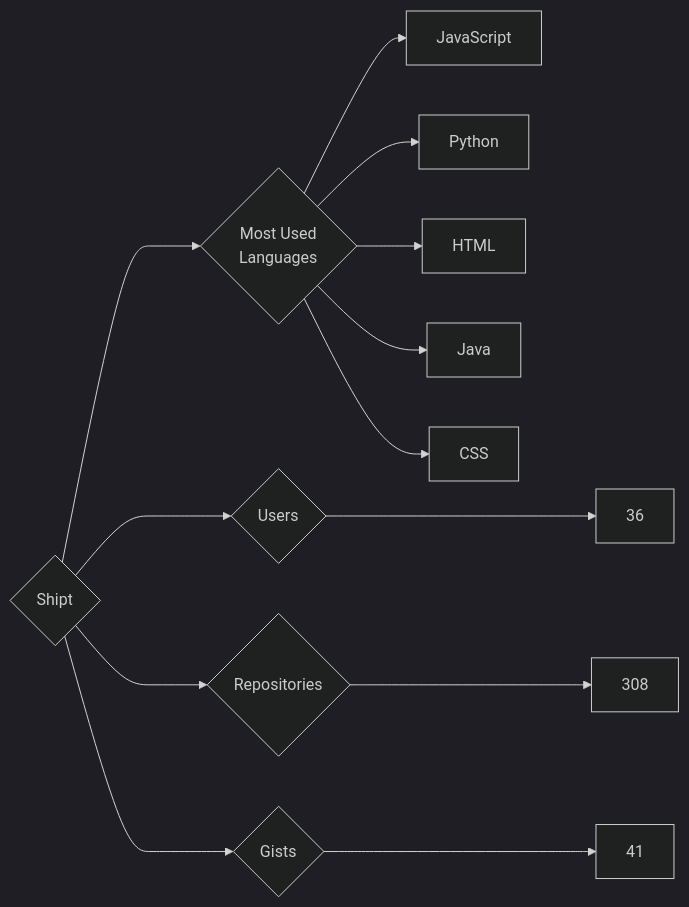
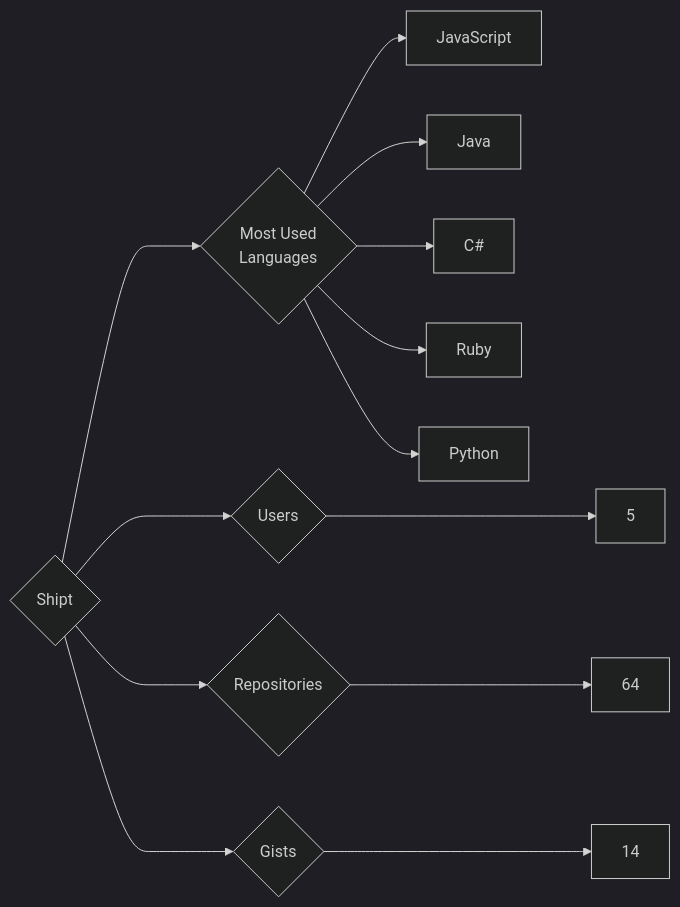
Before and after one commit to trickest/insiders: the diagram in targets/Shipt/README.md, drawn with Mermaid (dark theme). The commit also changed 969 other files, not shown here.

````diff
--- a/targets/Shipt/README.md
+++ b/targets/Shipt/README.md
@@ -3,13 +3,13 @@
 ```mermaid
 graph LR
 COMPANY_NAME{Shipt}
-COMPANY_NAME ---> U{Users} ---> UN[36]
-COMPANY_NAME ---> R{Repositories} ---> RN[308]
-COMPANY_NAME ---> G{Gists} ---> GN[41]
+COMPANY_NAME ---> U{Users} ---> UN[5]
+COMPANY_NAME ---> R{Repositories} ---> RN[64]
+COMPANY_NAME ---> G{Gists} ---> GN[14]
 COMPANY_NAME ---> ML{Most Used<br>Languages}
 ML --> JavaScript[JavaScript]
+ML --> Java[Java]
+ML --> C#[C#]
+ML --> Ruby[Ruby]
 ML --> Python[Python]
-ML --> HTML[HTML]
-ML --> Java[Java]
-ML --> CSS[CSS]
 ```
````
